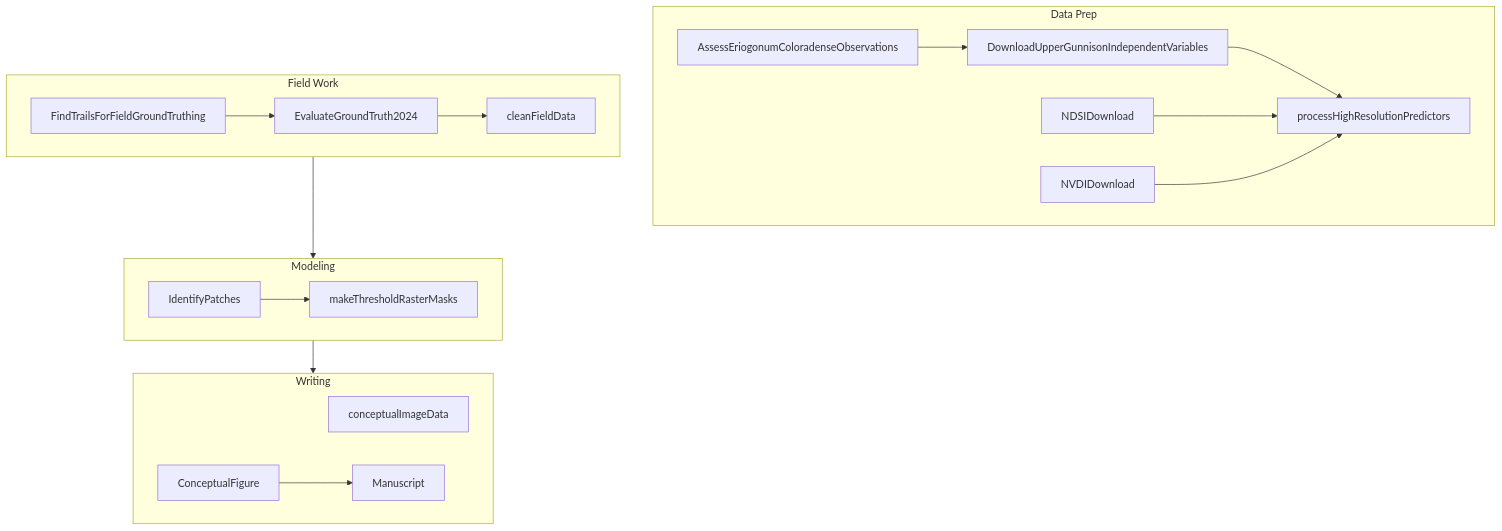
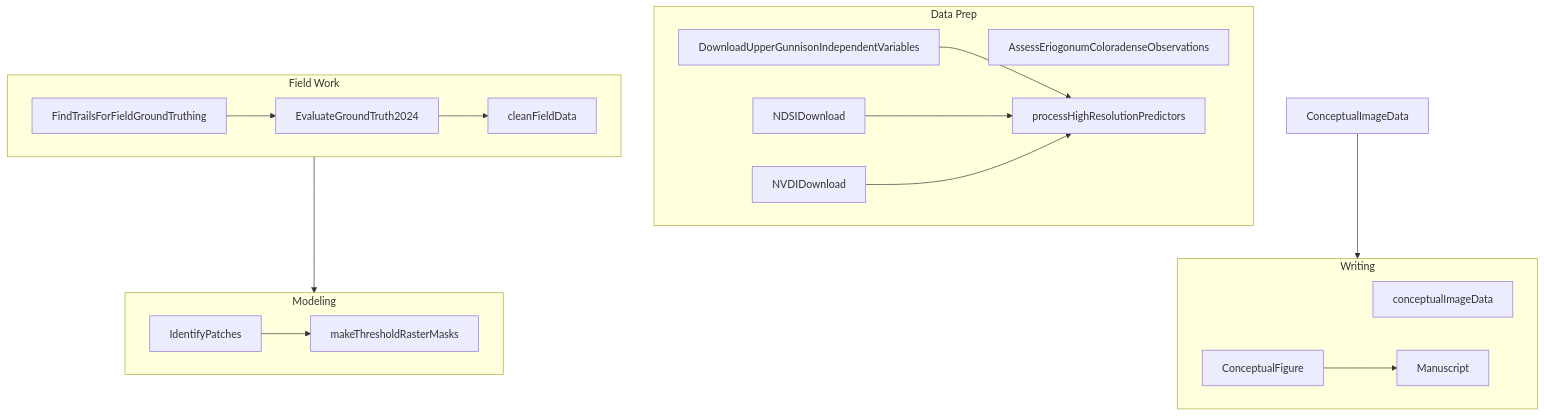
Before and after one commit to sagesteppe/Ecoloradense: the diagram in README.md, drawn with Mermaid.

````diff
--- a/README.md
+++ b/README.md
@@ -44,48 +44,47 @@
 ```mermaid
 %%{init: {"themeVariables": {"subgraphBorderRadius": "5px"}}}%%
 graph TD
     %% Data Prep Subgraph
     subgraph DataPrep["Data Prep"]
         direction LR
         AssessEriogonumColoradenseObservations
         DownloadUpperGunnisonIndependentVariables
         processHighResolutionPredictors
         NDSIDownload
         NVDIDownload
     end
 
     %% Field Work Subgraph
     subgraph FieldWork["Field Work"]
         direction LR
         FindTrailsForFieldGroundTruthing
         EvaluateGroundTruth2024
         cleanFieldData
     end
 
     %% Modeling Subgraph
     subgraph Modeling["Modeling"]
         direction LR
         IdentifyPatches
         makeThresholdRasterMasks
     end
 
     %% Writing Subgraph
     subgraph Writing["Writing"]
         direction LR
         conceptualImageData
         ConceptualFigure
         Manuscript
     end
 
     %% Connections
-    AssessEriogonumColoradenseObservations --> DownloadUpperGunnisonIndependentVariables
     DownloadUpperGunnisonIndependentVariables --> processHighResolutionPredictors
     NDSIDownload --> processHighResolutionPredictors
     NVDIDownload --> processHighResolutionPredictors
     FindTrailsForFieldGroundTruthing --> EvaluateGroundTruth2024
     EvaluateGroundTruth2024 --> cleanFieldData
     cleanFieldData --> IdentifyPatches
     IdentifyPatches --> makeThresholdRasterMasks
-    makeThresholdRasterMasks --> ConceptualFigure
+    ConceptualImageData --> ConceptualFigure
     ConceptualFigure --> Manuscript
 ```
````
